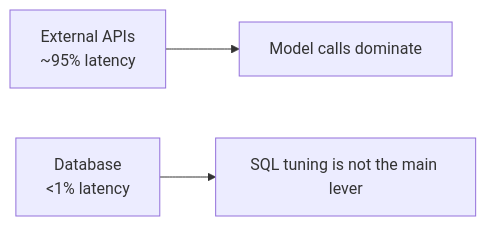
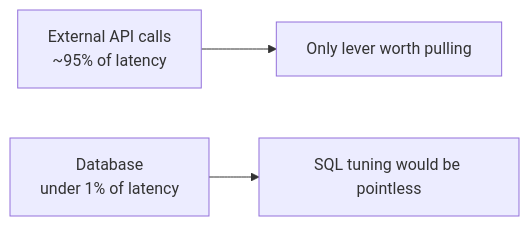
Diagram 17 of 18 in docs/DAY_04_LEARNINGS.md (Aman-srivastav24/ai-support-triage), drawn with Mermaid before and after one commit. The commit also changed other lines of this file, not shown here.

````diff
--- a/docs/DAY_04_LEARNINGS.md
+++ b/docs/DAY_04_LEARNINGS.md
@@ -1023,7 +1014,5 @@
 ```mermaid
 flowchart LR
-    A[External APIs
-~95% latency] --> B[Model calls dominate]
-    C[Database
-<1% latency] --> D[SQL tuning is not the main lever]
+    A["External API calls<br/>~95% of latency"] --> B["Only lever worth pulling"]
+    C["Database<br/>under 1% of latency"] --> D["SQL tuning would be pointless"]
 ```
````
